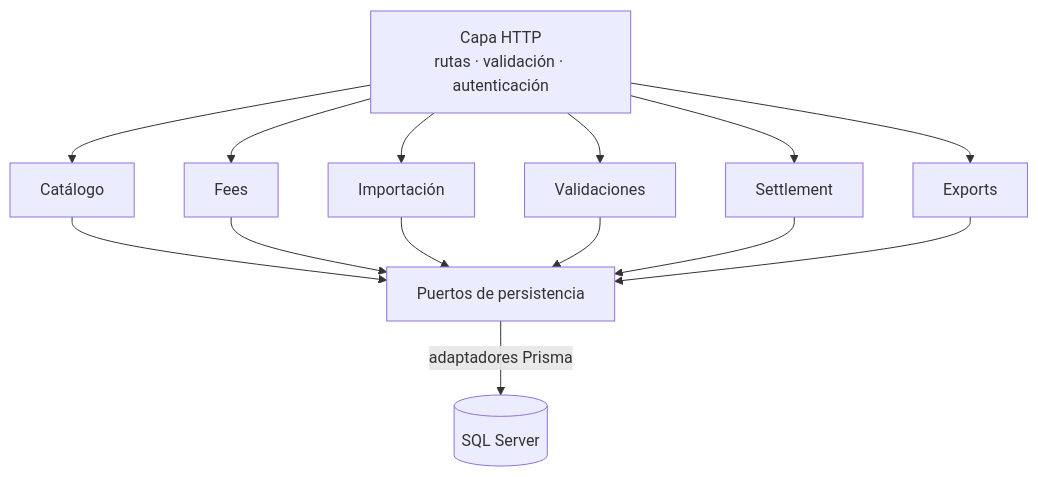
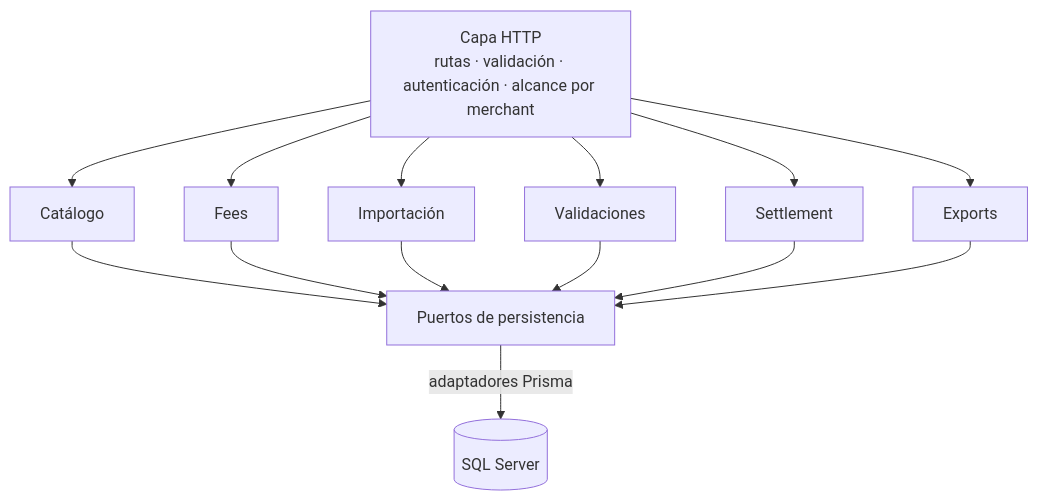
The fourth of 10 diagrams in readme.md (LIDR-academy-temp/AI4Devs-finalproject), drawn with Mermaid before and after one commit. The commit also changed other lines of this file and 4 other files, not shown here.

````diff
--- a/readme.md
+++ b/readme.md
@@ -278,7 +266,7 @@
 ```mermaid
 flowchart TB
-    HTTP[Capa HTTP<br/>rutas · validación · autenticación]
+    HTTP[Capa HTTP<br/>rutas · validación · autenticación · alcance por merchant]
     HTTP --> CAT[Catálogo] & FEE[Fees] & IMP[Importación] & VAL[Validaciones] & SET[Settlement] & EXP[Exports]
     CAT & FEE & IMP & VAL & SET & EXP --> PORTS[Puertos de persistencia]
     PORTS -->|adaptadores Prisma| DB[(SQL Server)]
 ```
````
